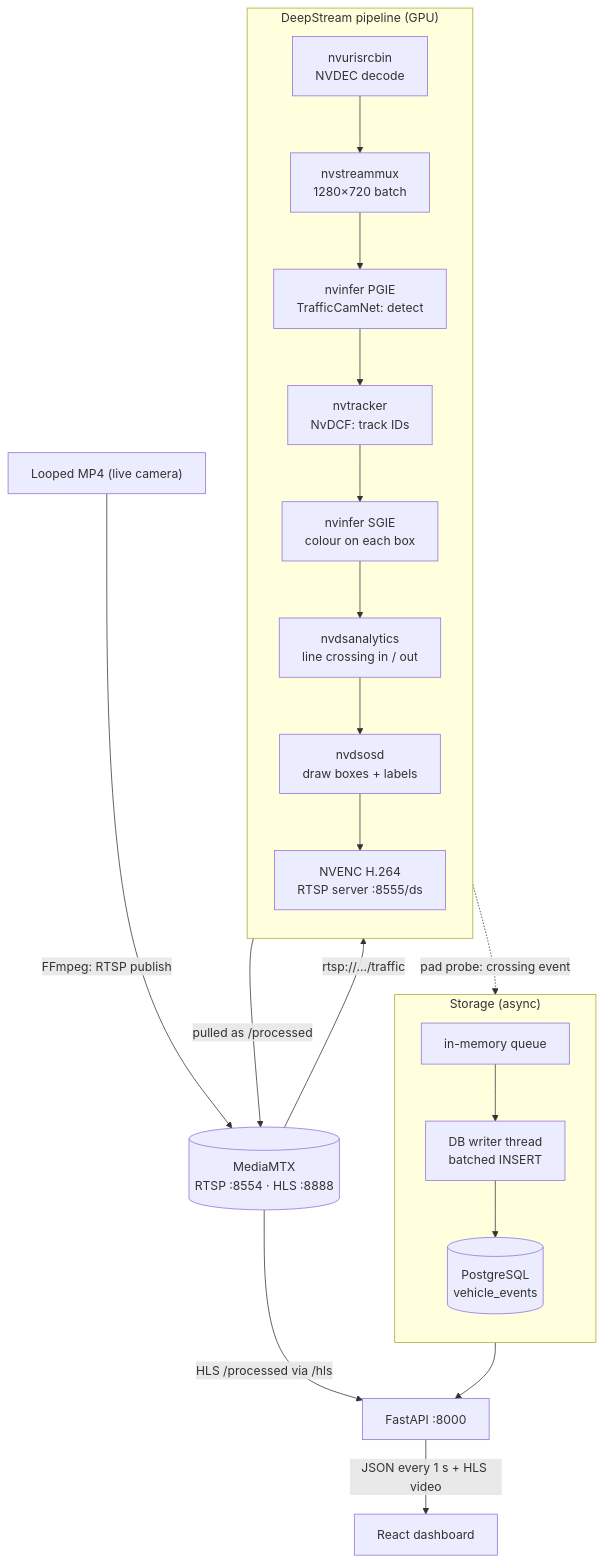
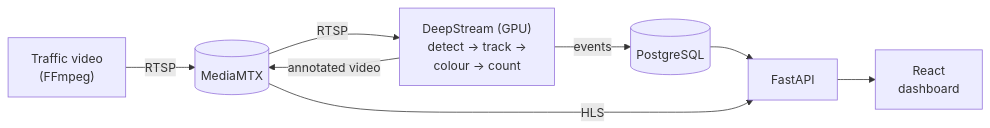
One commit to tejasprof84/vehicle_analytics_v1 changed the diagram in README.md. Above: the diagram before and after it, drawn with Mermaid.

Commit message:
README: compact architecture diagram

````diff
--- a/README.md
+++ b/README.md
@@ -43,29 +43,10 @@
 ```mermaid
-flowchart TD
-    CAM["Looped MP4 (live camera)"] -- "FFmpeg: RTSP publish" --> MTX[("MediaMTX<br/>RTSP :8554 · HLS :8888")]
-    MTX -- "rtsp://…/traffic" --> SRC
-
-    subgraph DS["DeepStream pipeline (GPU)"]
-        direction TB
-        SRC["nvurisrcbin<br/>NVDEC decode"] --> MUX["nvstreammux<br/>1280×720 batch"]
-        MUX --> PGIE["nvinfer PGIE<br/>TrafficCamNet: detect"]
-        PGIE --> TRK["nvtracker<br/>NvDCF: track IDs"]
-        TRK --> SGIE["nvinfer SGIE<br/>colour on each box"]
-        SGIE --> ANA["nvdsanalytics<br/>line crossing in / out"]
-        ANA --> OSD["nvdsosd<br/>draw boxes + labels"]
-        OSD --> ENC["NVENC H.264<br/>RTSP server :8555/ds"]
-    end
-
-    subgraph STORE["Storage (async)"]
-        direction TB
-        Q["in-memory queue"] --> W["DB writer thread<br/>batched INSERT"]
-        W --> PG[("PostgreSQL<br/>vehicle_events")]
-    end
-
-    ANA -. "pad probe: crossing event" .-> Q
-    ENC -- "pulled as /processed" --> MTX
-
-    PG --> API["FastAPI :8000"]
-    MTX -- "HLS /processed via /hls" --> API
-    API -- "JSON every 1 s + HLS video" --> UI["React dashboard"]
+flowchart LR
+    CAM["Traffic video<br/>(FFmpeg)"] -- RTSP --> MTX[("MediaMTX")]
+    MTX -- RTSP --> DS["DeepStream (GPU)<br/>detect → track →<br/>colour → count"]
+    DS -- annotated video --> MTX
+    DS -- events --> PG[("PostgreSQL")]
+    PG --> API["FastAPI"]
+    MTX -- HLS --> API
+    API --> UI["React<br/>dashboard"]
 ```
````
